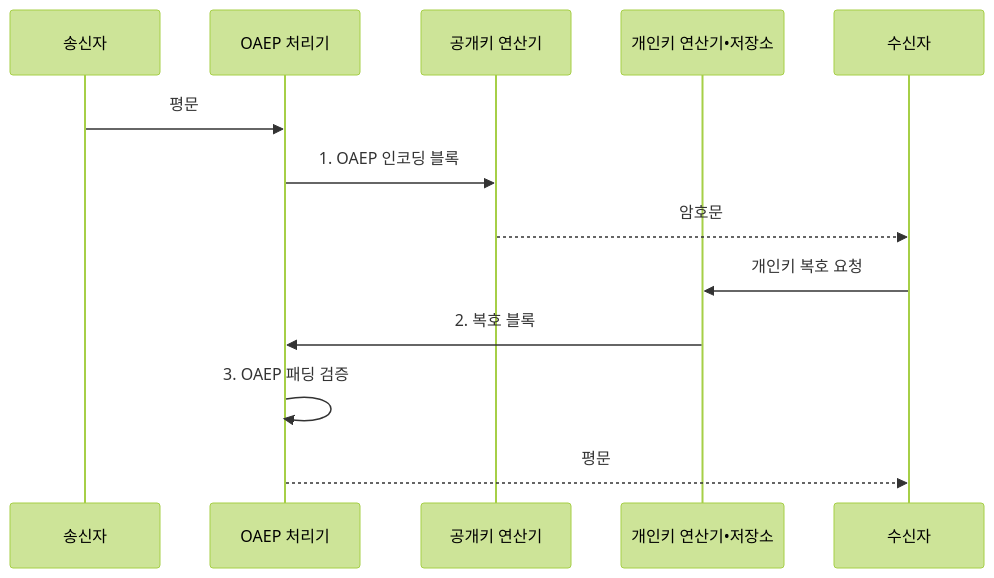
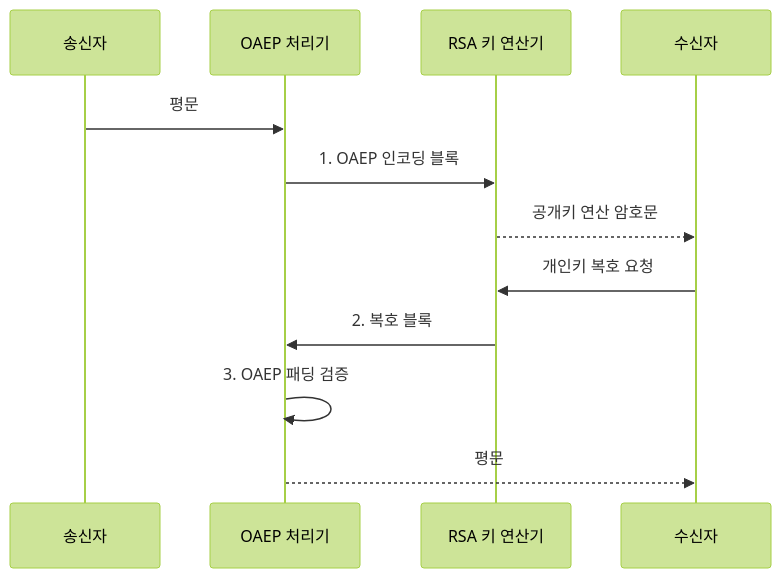
One commit to agnusdei1207/knowledge-base changed the second of 2 diagrams in src/content/docs/notes/01-basic-theory/059_crypto_math_rsa.md. Above: the diagram before and after it, drawn with Mermaid (forest theme). The commit also changed 3 other files, not shown here.

Commit message:
Streamline computation flow diagrams

````diff
--- a/src/content/docs/notes/01-basic-theory/059_crypto_math_rsa.md
+++ b/src/content/docs/notes/01-basic-theory/059_crypto_math_rsa.md
@@ -96,15 +96,14 @@
 ```mermaid
 sequenceDiagram
     participant A as 송신자
     participant O as OAEP 처리기
-    participant X as 공개키 연산기
-    participant H as 개인키 연산기•저장소
+    participant K as RSA 키 연산기
     participant B as 수신자
     A->>O: 평문
-    O->>X: 1. OAEP 인코딩 블록
-    X-->>B: 암호문
-    B->>H: 개인키 복호 요청
-    H->>O: 2. 복호 블록
+    O->>K: 1. OAEP 인코딩 블록
+    K-->>B: 공개키 연산 암호문
+    B->>K: 개인키 복호 요청
+    K->>O: 2. 복호 블록
     O->>O: 3. OAEP 패딩 검증
     O-->>B: 평문
 ```
````
